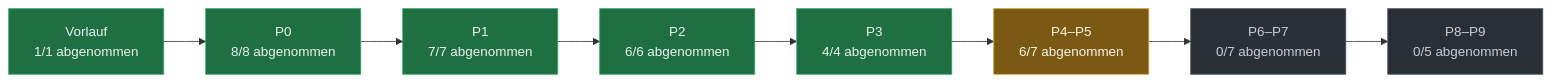
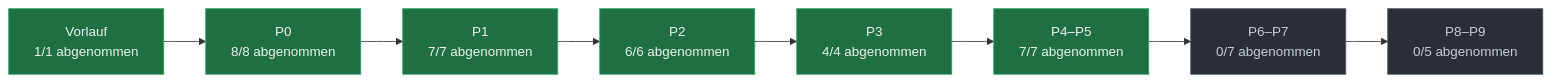
Before and after one commit to evenacadia-tech/Nakama: the diagram in docs/PLAN-STAND.md, drawn with Mermaid. The commit also changed other lines of this file and 4 other files, not shown here.

````diff
--- a/docs/PLAN-STAND.md
+++ b/docs/PLAN-STAND.md
@@ -35,21 +38,21 @@
 ```mermaid
 flowchart LR
   P0["Vorlauf<br/>1/1 abgenommen"]:::fertig
   P1["P0<br/>8/8 abgenommen"]:::fertig
   P0 --> P1
   P2["P1<br/>7/7 abgenommen"]:::fertig
   P1 --> P2
   P3["P2<br/>6/6 abgenommen"]:::fertig
   P2 --> P3
   P4["P3<br/>4/4 abgenommen"]:::fertig
   P3 --> P4
-  P5["P4–P5<br/>6/7 abgenommen"]:::laeuft
+  P5["P4–P5<br/>7/7 abgenommen"]:::fertig
   P4 --> P5
   P6["P6–P7<br/>0/7 abgenommen"]:::offen
   P5 --> P6
   P7["P8–P9<br/>0/5 abgenommen"]:::offen
   P6 --> P7
   classDef fertig fill:#1f6f43,stroke:#2ea36a,color:#eaf6ef
   classDef laeuft fill:#7a5a12,stroke:#c99a2e,color:#fdf6e6
   classDef offen  fill:#2a2f36,stroke:#4a525c,color:#c7ced8
 ```
````
